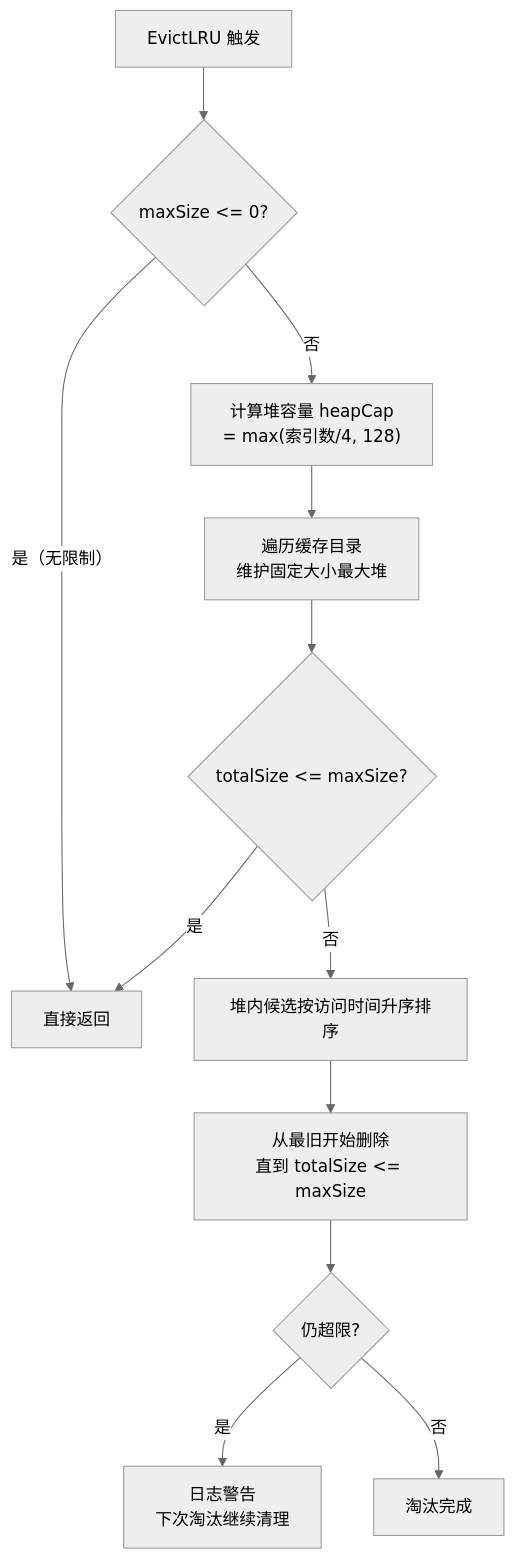
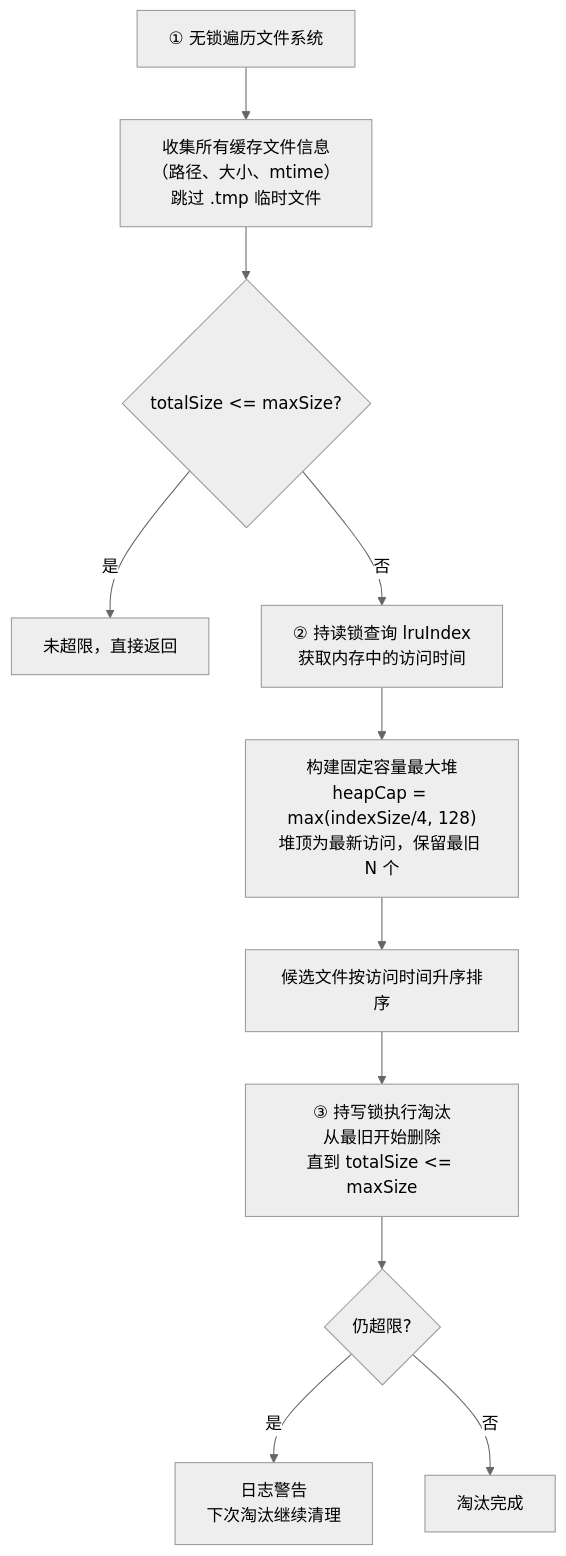
The first of 2 diagrams in docs/repowiki/核心功能实现/音频缓存与代理.md (MambaOutZY/songloft-gemini), drawn with Mermaid (neutral theme) before and after one commit. The commit also changed other lines of this file and 5 other files, not shown here.

````diff
--- a/docs/repowiki/核心功能实现/音频缓存与代理.md
+++ b/docs/repowiki/核心功能实现/音频缓存与代理.md
@@ -78,14 +78,13 @@
 ```mermaid
 graph TD
-    A["EvictLRU 触发"] --> B{"maxSize <= 0?"}
-    B -- "是（无限制）" --> Z["直接返回"]
-    B -- "否" --> C["计算堆容量 heapCap<br/>= max(索引数/4, 128)"]
-    C --> D["遍历缓存目录<br/>维护固定大小最大堆"]
-    D --> E{"totalSize <= maxSize?"}
-    E -- "是" --> Z
-    E -- "否" --> F["堆内候选按访问时间升序排序"]
-    F --> G["从最旧开始删除<br/>直到 totalSize <= maxSize"]
+    A["① 无锁遍历文件系统"] --> B["收集所有缓存文件信息<br/>（路径、大小、mtime）<br/>跳过 .tmp 临时文件"]
+    B --> C{"totalSize <= maxSize?"}
+    C -- "是" --> Z["未超限，直接返回"]
+    C -- "否" --> D["② 持读锁查询 lruIndex<br/>获取内存中的访问时间"]
+    D --> E["构建固定容量最大堆<br/>heapCap = max(indexSize/4, 128)<br/>堆顶为最新访问，保留最旧 N 个"]
+    E --> F["候选文件按访问时间升序排序"]
+    F --> G["③ 持写锁执行淘汰<br/>从最旧开始删除<br/>直到 totalSize <= maxSize"]
     G --> H{"仍超限?"}
     H -- "是" --> I["日志警告<br/>下次淘汰继续清理"]
     H -- "否" --> J["淘汰完成"]
 ```
````
